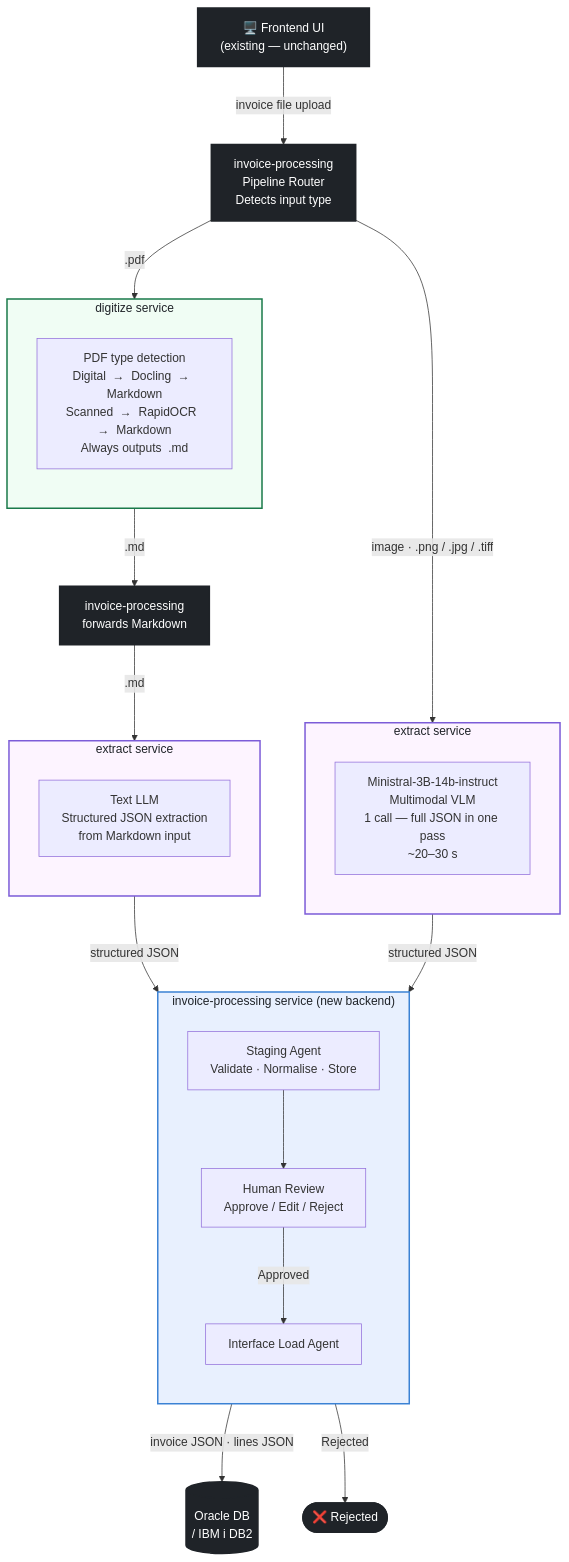
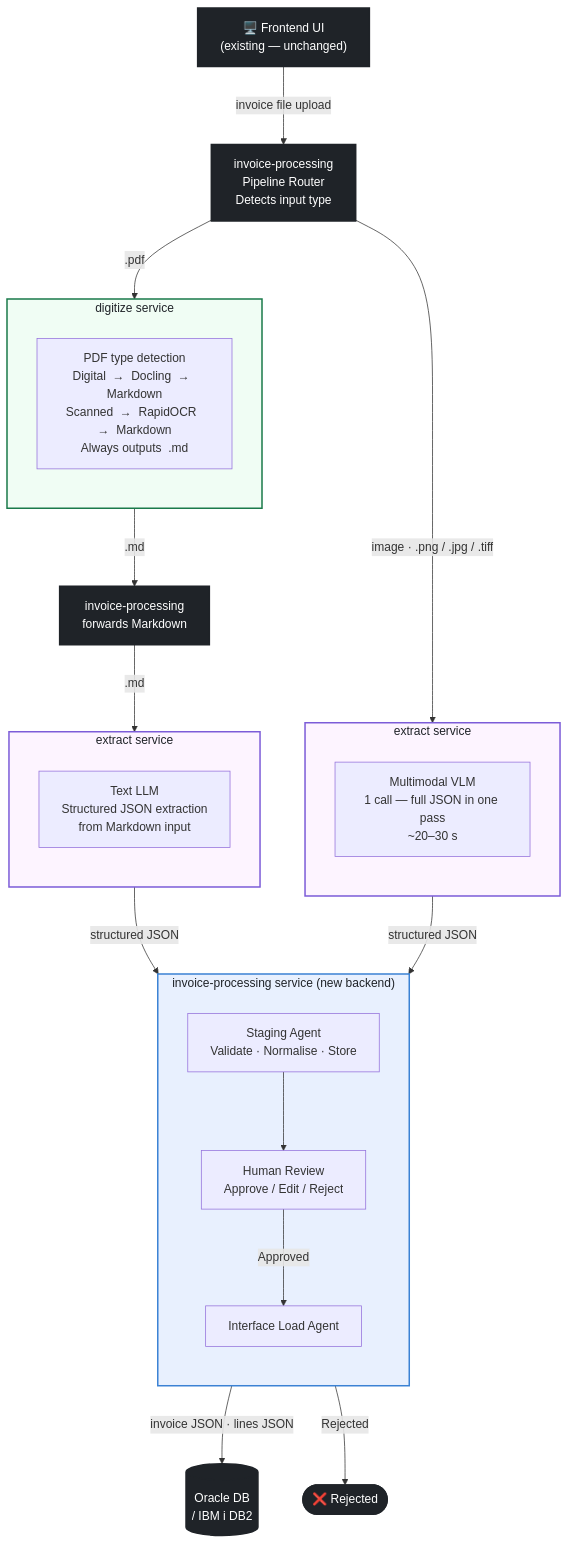
One commit to dharaneeshvrd/project-ai-services changed the diagram in docs/proposals/invoice-processing-onboarding-plan.md. Above: the diagram before and after it, drawn with Mermaid. The commit also changed other lines of this file, not shown here.

````diff
--- a/docs/proposals/invoice-processing-onboarding-plan.md
+++ b/docs/proposals/invoice-processing-onboarding-plan.md
@@ -25,61 +24,61 @@
 ```mermaid
 %%{init: {"flowchart": {"nodeSpacing": 60, "rankSpacing": 80, "fontSize": 18}} }%%
 flowchart TD
     %% ── INPUT ───────────────────────────────────────────────────
     UI["🖥️ Frontend UI\n(existing — unchanged)"]
     ROUTER["invoice-processing\nPipeline Router\nDetects input type"]
 
     UI -->|"invoice file upload"| ROUTER
 
     %% ── IMAGE PATH ──────────────────────────────────────────────
     ROUTER -->|"image  ·  .png / .jpg / .tiff"| EXTRACT_VLM
 
     subgraph SVC_EXTRACT_VLM["  extract service  "]
         direction TB
-        EXTRACT_VLM["Ministral-3B-14b-instruct\nMultimodal VLM\n1 call — full JSON in one pass\n~20–30 s"]
+        EXTRACT_VLM["Multimodal VLM\n1 call — full JSON in one pass\n~20–30 s"]
     end
 
     %% ── PDF PATH ────────────────────────────────────────────────
     ROUTER -->|".pdf"| DIGITIZE
 
     subgraph SVC_DIGITIZE["  digitize service  "]
         direction TB
         DIGITIZE["PDF type detection\nDigital  →  Docling  →  Markdown\nScanned  →  RapidOCR  →  Markdown\nAlways outputs  .md"]
     end
 
     subgraph SVC_EXTRACT_TXT["  extract service  "]
         direction TB
         EXTRACT_TXT["Text LLM\nStructured JSON extraction\nfrom Markdown input"]
     end
 
     DIGITIZE -->|".md"| IP_FWD["invoice-processing\nforwards Markdown"]
     IP_FWD -->|".md"| EXTRACT_TXT
 
     %% ── CONVERGENCE ─────────────────────────────────────────────
     EXTRACT_VLM -->|"structured JSON"| STAGING
     EXTRACT_TXT -->|"structured JSON"| STAGING
 
     subgraph SVC_IP["  invoice-processing service  (new backend)  "]
         direction TB
         STAGING["Staging Agent\nValidate · Normalise · Store"]
         REVIEW["Human Review\nApprove / Edit / Reject"]
         LOAD["Interface Load Agent"]
         STAGING --> REVIEW -->|"Approved"| LOAD
     end
 
     LOAD -->|"invoice JSON  ·  lines JSON"| ORACLE[("Oracle DB\n/ IBM i DB2")]
     REVIEW -->|"Rejected"| REJECTED(["❌ Rejected"])
 
     %% ── STYLES ──────────────────────────────────────────────────
     classDef svc_ip       fill:#e8f0fe,color:#1f2328,stroke:#3b82d4,stroke-width:2px
     classDef svc_digitize fill:#f0fdf4,color:#1f2328,stroke:#1a7a4a,stroke-width:2px
     classDef svc_extract  fill:#fdf4ff,color:#1f2328,stroke:#7c5cd8,stroke-width:2px
     classDef ui           fill:#1f2328,color:#fff,stroke:#1f2328,stroke-width:2px
     classDef oracle       fill:#1f2328,color:#fff,stroke:#1f2328,stroke-width:2px
 
     class SVC_IP svc_ip
     class SVC_DIGITIZE svc_digitize
     class SVC_EXTRACT_VLM,SVC_EXTRACT_TXT svc_extract
     class UI,ROUTER,IP_FWD ui
     class ORACLE,REJECTED oracle
 ```
````
